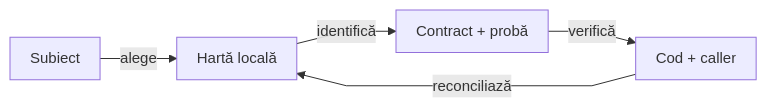
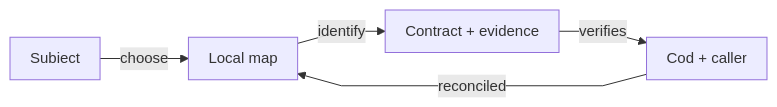
One commit to crististefanita/atf_j0 changed the first of 2 diagrams in docs/ATF_Context_Atlas.md. Above: the diagram before and after it, drawn with Mermaid. The commit also changed other lines of this file and 113 other files, not shown here.

````diff
--- a/docs/ATF_Context_Atlas.md
+++ b/docs/ATF_Context_Atlas.md
@@ -63,8 +67,8 @@
 ```mermaid
 %%{init: {"themeVariables":{"fontSize":"15px"},"themeCSS":".nodeLabel, .nodeLabel p { font-size: 15px !important; line-height: 1.35 !important; } .edgeLabel, .edgeLabel p { font-size: 12px !important; font-weight: 400 !important; line-height: 1.2 !important; } .edgeLabel .labelBkg, .edgeLabel p { background: transparent !important; } .edgeLabel foreignObject { transform: translateY(-18px); overflow: visible; } .node rect { rx: 6px; ry: 6px; }","flowchart":{"curve":"linear","nodeSpacing":24,"rankSpacing":40,"padding":10,"diagramPadding":16}}}%%
 flowchart LR
-    Intent["Subiect"] -->|alege| Map["Hartă locală"]
-    Map -->|identifică| Contract["Contract + probă"]
-    Contract -->|verifică| Code["Cod + caller"]
-    Code -->|reconciliază| Map
+    Intent["Subiect"] -->|choose| Map["Local map"]
+    Map -->|identify| Contract["Contract + evidence"]
+    Contract -->|verifies| Code["Cod + caller"]
+    Code -->|reconciled| Map
 ```
````
